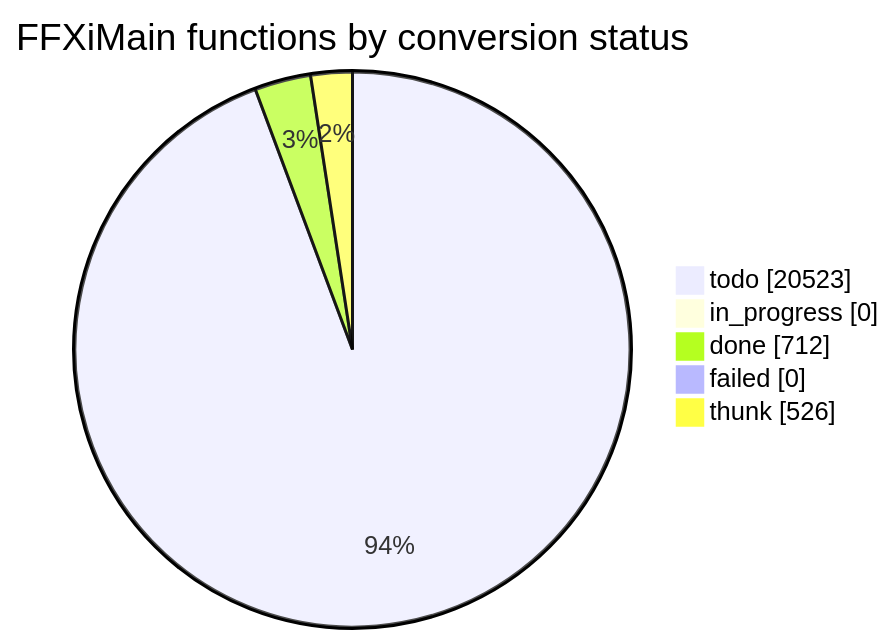
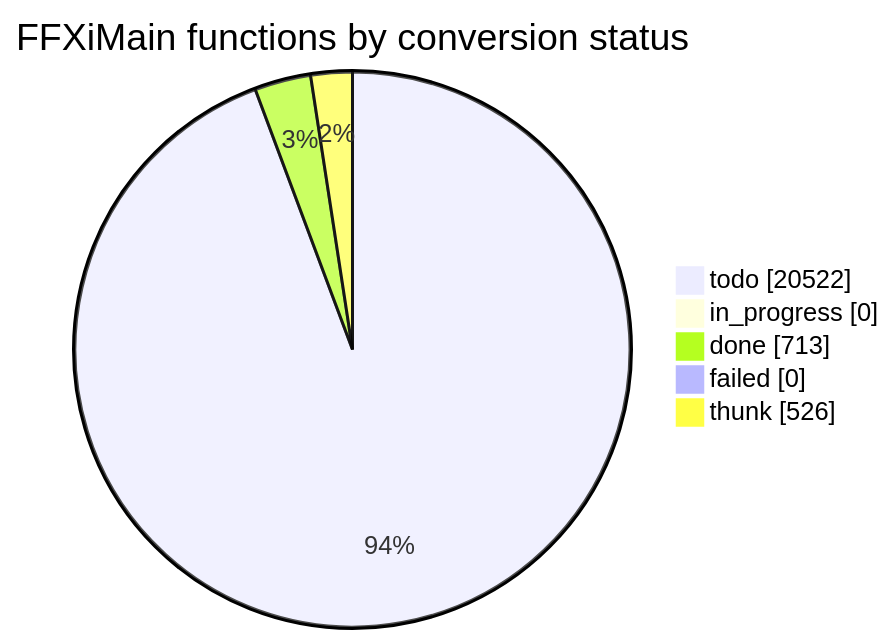
One commit to cowrevenge/cow_kuluu_xi_anything changed the diagram in docs/cow/STATUS.md. Above: the diagram before and after it, drawn with Mermaid. The commit also changed other lines of this file and 9 other files, not shown here.

````diff
--- a/docs/cow/STATUS.md
+++ b/docs/cow/STATUS.md
@@ -18,9 +18,9 @@
 ```mermaid
 pie showData
     title FFXiMain functions by conversion status
-    "todo" : 20523
+    "todo" : 20522
     "in_progress" : 0
-    "done" : 712
+    "done" : 713
     "failed" : 0
     "thunk" : 526
 ```
````
